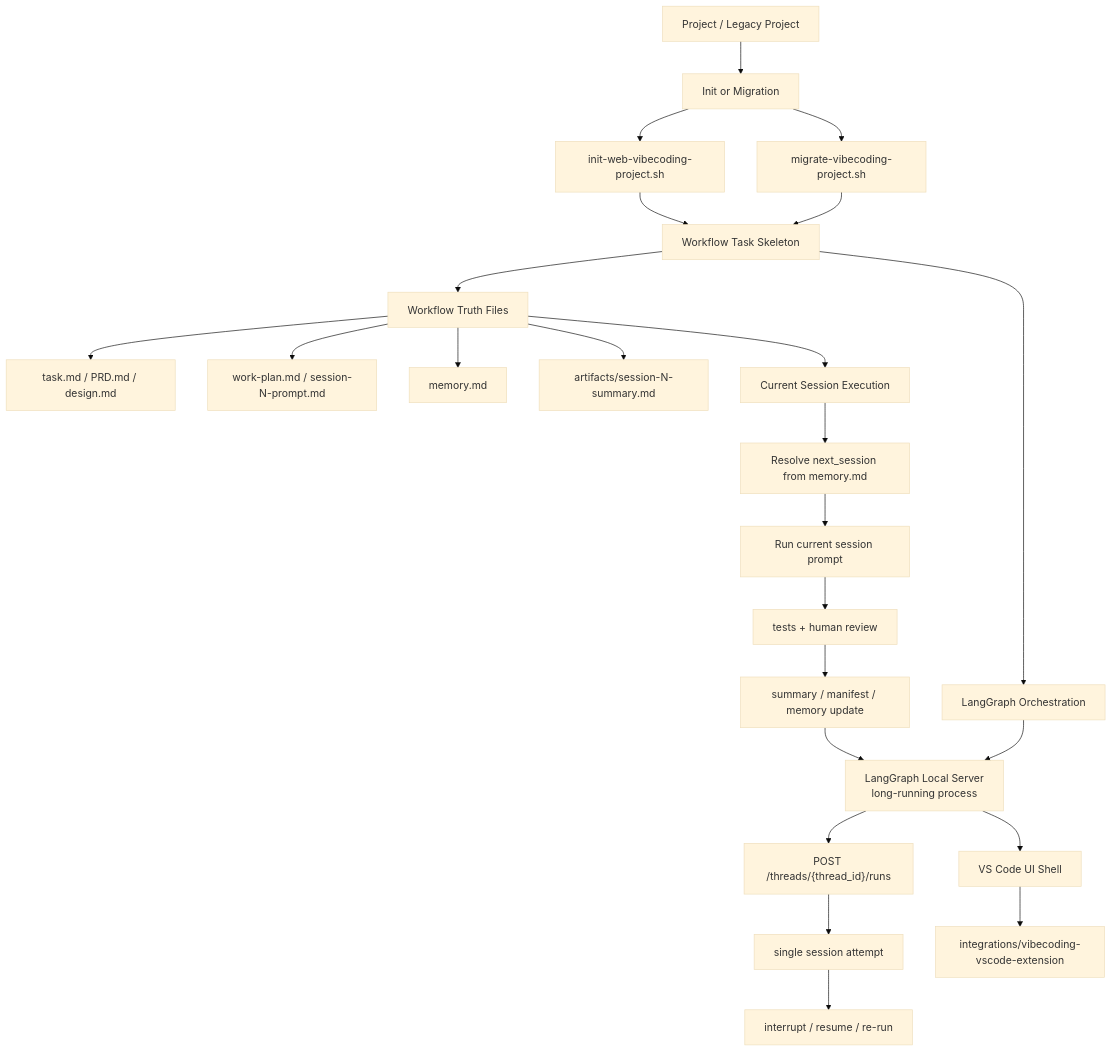
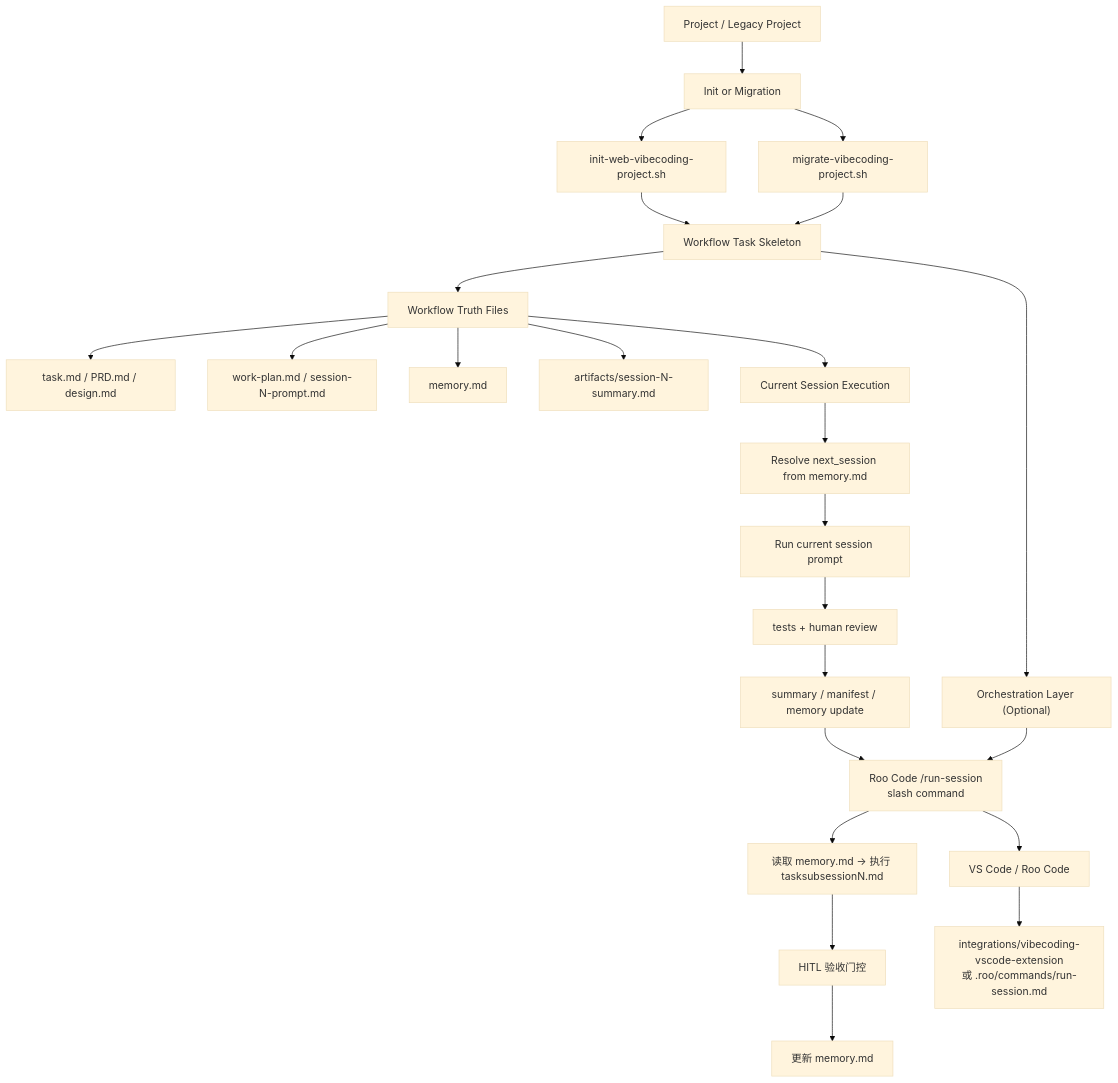
One commit to qi9zg202-source/vibecodingworkflow changed the diagram in README.md. Above: the diagram before and after it, drawn with Mermaid (base theme). The commit also changed other lines of this file and 11 other files, not shown here.

````diff
--- a/README.md
+++ b/README.md
@@ -108,31 +122,31 @@
 ```mermaid
 flowchart TB
     A["Project / Legacy Project"] --> B["Init or Migration"]
     B --> B1["init-web-vibecoding-project.sh"]
     B --> B2["migrate-vibecoding-project.sh"]
 
     B1 --> C["Workflow Task Skeleton"]
     B2 --> C
 
     C --> D["Workflow Truth Files"]
     D --> D1["task.md / PRD.md / design.md"]
     D --> D2["work-plan.md / session-N-prompt.md"]
     D --> D3["memory.md"]
     D --> D4["artifacts/session-N-summary.md"]
 
-    C --> E["LangGraph Orchestration"]
-    E --> E1["LangGraph Local Server\nlong-running process"]
-    E1 --> E2["POST /threads/{thread_id}/runs"]
-    E2 --> E3["single session attempt"]
-    E3 --> E4["interrupt / resume / re-run"]
+    C --> E["Orchestration Layer (Optional)"]
+    E --> E1["Roo Code /run-session\nslash command"]
+    E1 --> E2["读取 memory.md → 执行 tasksubsessionN.md"]
+    E2 --> E3["HITL 验收门控"]
+    E3 --> E4["更新 memory.md"]
 
     D --> F["Current Session Execution"]
     F --> F1["Resolve next_session from memory.md"]
     F1 --> F2["Run current session prompt"]
     F2 --> F3["tests + human review"]
     F3 --> F4["summary / manifest / memory update"]
     F4 --> E1
 
-    E1 --> G["VS Code UI Shell"]
-    G --> G1["integrations/vibecoding-vscode-extension"]
+    E1 --> G["VS Code / Roo Code"]
+    G --> G1["integrations/vibecoding-vscode-extension\n或 .roo/commands/run-session.md"]
 ```
````
